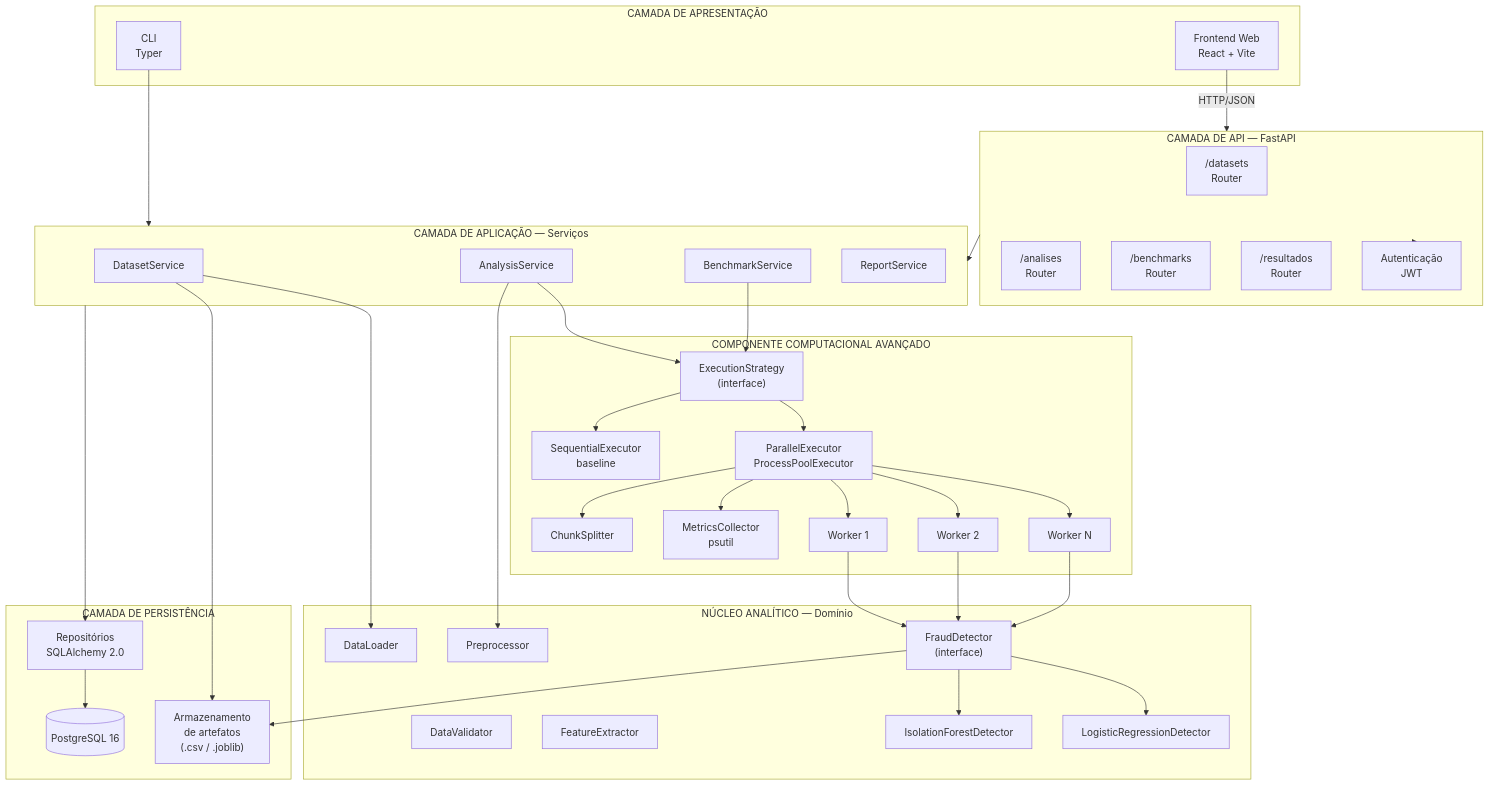
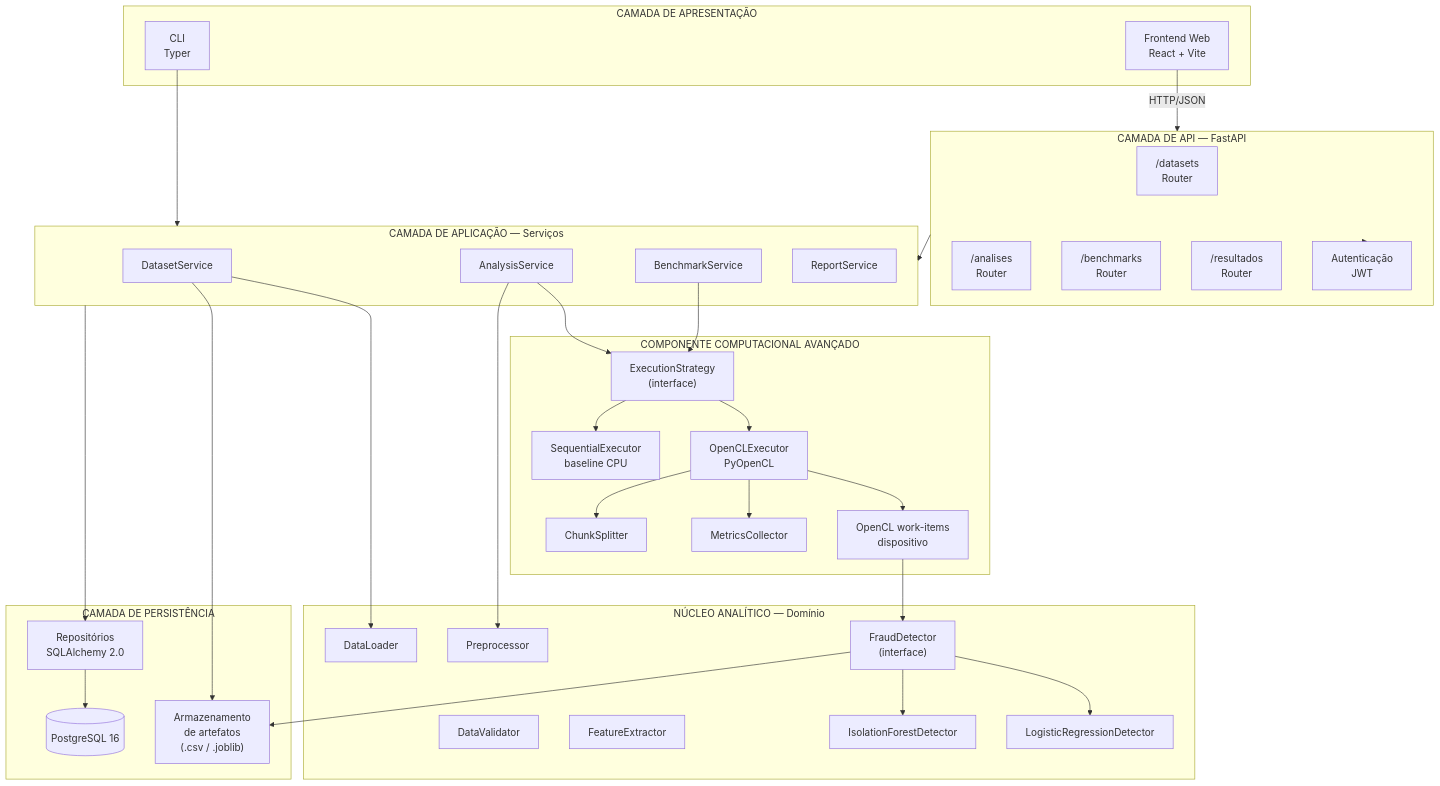
The first of 4 diagrams in docs/Sprint02.md (MysticXiz/transaction-fraud-detector), drawn with Mermaid before and after one commit. The commit also changed other lines of this file and 5 other files, not shown here.

````diff
--- a/docs/Sprint02.md
+++ b/docs/Sprint02.md
@@ -58,74 +58,68 @@
 ```mermaid
 flowchart TB
     subgraph CLIENTE["CAMADA DE APRESENTAÇÃO"]
         WEB["Frontend Web<br/>React + Vite"]
         CLI["CLI<br/>Typer"]
     end
 
     subgraph API["CAMADA DE API — FastAPI"]
         R1["/datasets<br/>Router"]
         R2["/analises<br/>Router"]
         R3["/benchmarks<br/>Router"]
         R4["/resultados<br/>Router"]
         AUTH["Autenticação<br/>JWT"]
     end
 
     subgraph APP["CAMADA DE APLICAÇÃO — Serviços"]
         S1["DatasetService"]
         S2["AnalysisService"]
         S3["BenchmarkService"]
         S4["ReportService"]
     end
 
     subgraph CORE["NÚCLEO ANALÍTICO — Domínio"]
         P1["DataLoader"]
         P2["DataValidator"]
         P3["Preprocessor"]
         P4["FeatureExtractor"]
         P5["FraudDetector<br/>(interface)"]
         P6["IsolationForestDetector"]
         P7["LogisticRegressionDetector"]
     end
 
     subgraph PARALLEL["COMPONENTE COMPUTACIONAL AVANÇADO"]
         E1["ExecutionStrategy<br/>(interface)"]
-        E2["SequentialExecutor<br/>baseline"]
-        E3["ParallelExecutor<br/>ProcessPoolExecutor"]
+        E2["SequentialExecutor<br/>baseline CPU"]
+        E3["OpenCLExecutor<br/>PyOpenCL"]
         E4["ChunkSplitter"]
-        E5["MetricsCollector<br/>psutil"]
-        W1["Worker 1"]
-        W2["Worker 2"]
-        WN["Worker N"]
+        E5["MetricsCollector"]
+        W1["OpenCL work-items<br/>dispositivo"]
     end
 
     subgraph PERSIST["CAMADA DE PERSISTÊNCIA"]
         REPO["Repositórios<br/>SQLAlchemy 2.0"]
         DB[("PostgreSQL 16")]
         FS["Armazenamento<br/>de artefatos<br/>(.csv / .joblib)"]
     end
 
     WEB -->|HTTP/JSON| API
     CLI --> APP
     API --> AUTH
     API --> APP
     S1 --> P1
     S2 --> P3
     S2 --> E1
     S3 --> E1
     E1 --> E2
     E1 --> E3
     E3 --> E4
     E3 --> W1
-    E3 --> W2
-    E3 --> WN
     W1 --> P5
-    W2 --> P5
-    WN --> P5
     P5 --> P6
     P5 --> P7
     E3 --> E5
     APP --> REPO
     REPO --> DB
     S1 --> FS
     P5 --> FS
 ```
````
